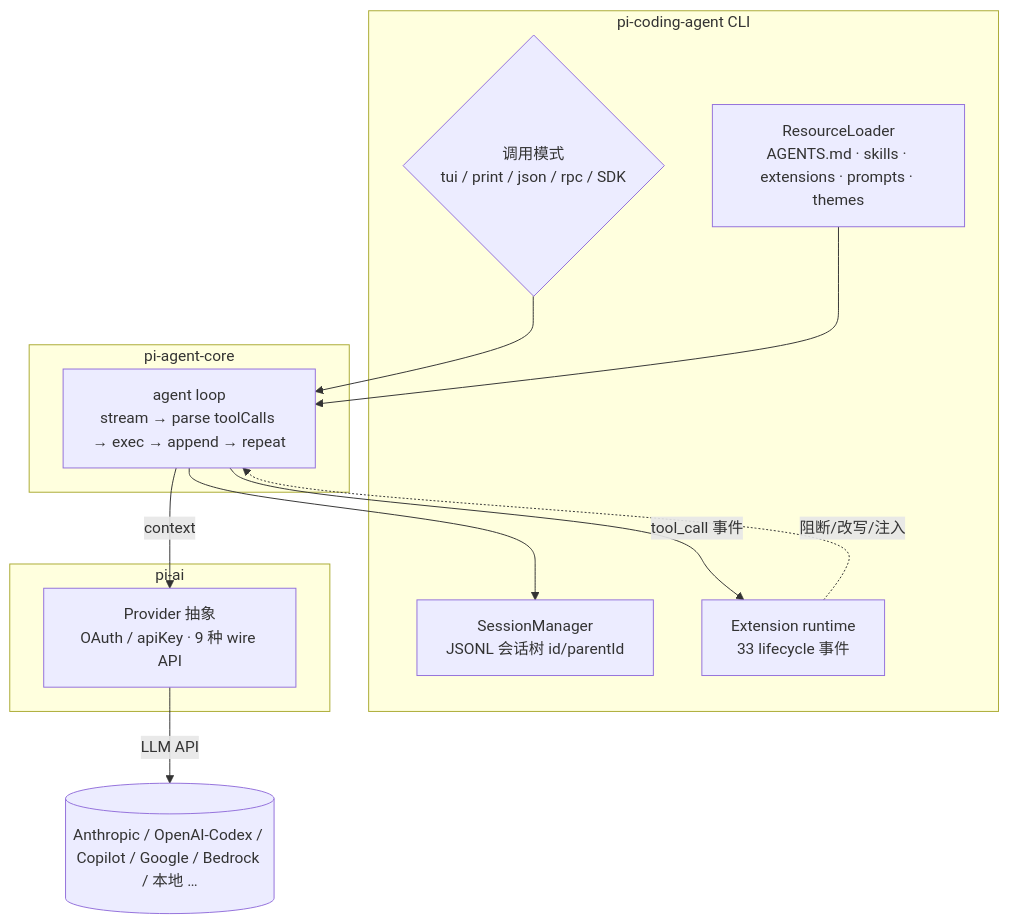
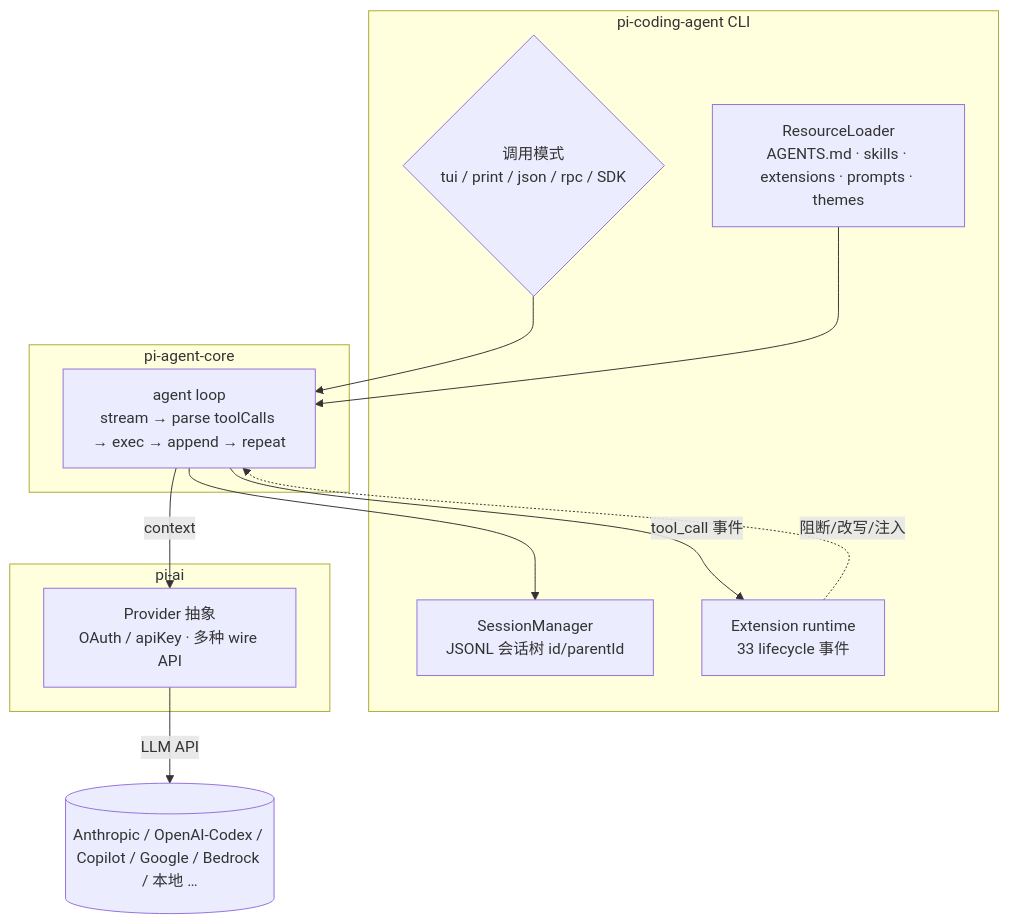
One commit to TMYTiMidlY/skills changed the first of 2 diagrams in skills/.curated/harness/references/pi.md. Above: the diagram before and after it, drawn with Mermaid. The commit also changed other lines of this file and 1 other file, not shown here.

````diff
--- a/skills/.curated/harness/references/pi.md
+++ b/skills/.curated/harness/references/pi.md
@@ -98,22 +98,22 @@
 ```mermaid
 flowchart TD
     subgraph CA [pi-coding-agent CLI]
         MODE{"调用模式<br/>tui / print / json / rpc / SDK"}
         RES[ResourceLoader<br/>AGENTS.md · skills · extensions · prompts · themes]
         SESS[SessionManager<br/>JSONL 会话树 id/parentId]
         EXT[Extension runtime<br/>33 lifecycle 事件]
     end
     subgraph AC [pi-agent-core]
         LOOP[agent loop<br/>stream → parse toolCalls → exec → append → repeat]
     end
     subgraph AI [pi-ai]
-        PROV[Provider 抽象<br/>OAuth / apiKey · 9 种 wire API]
+        PROV[Provider 抽象<br/>OAuth / apiKey · 多种 wire API]
     end
     MODE --> LOOP
     RES --> LOOP
     LOOP -->|context| PROV
     PROV -->|LLM API| CLOUD[(Anthropic / OpenAI-Codex / Copilot / Google / Bedrock / 本地 …)]
     LOOP -->|tool_call 事件| EXT
     LOOP --> SESS
     EXT -. 阻断/改写/注入 .-> LOOP
 ```
````
